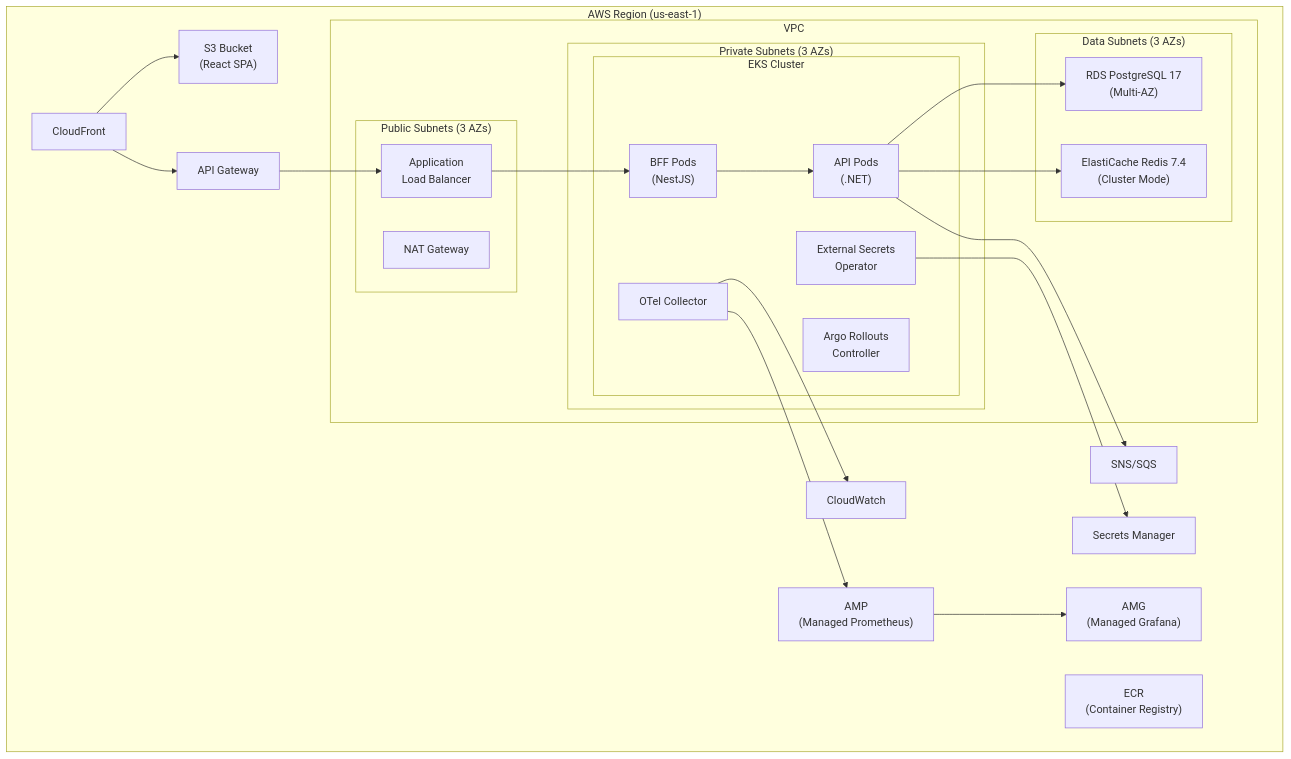
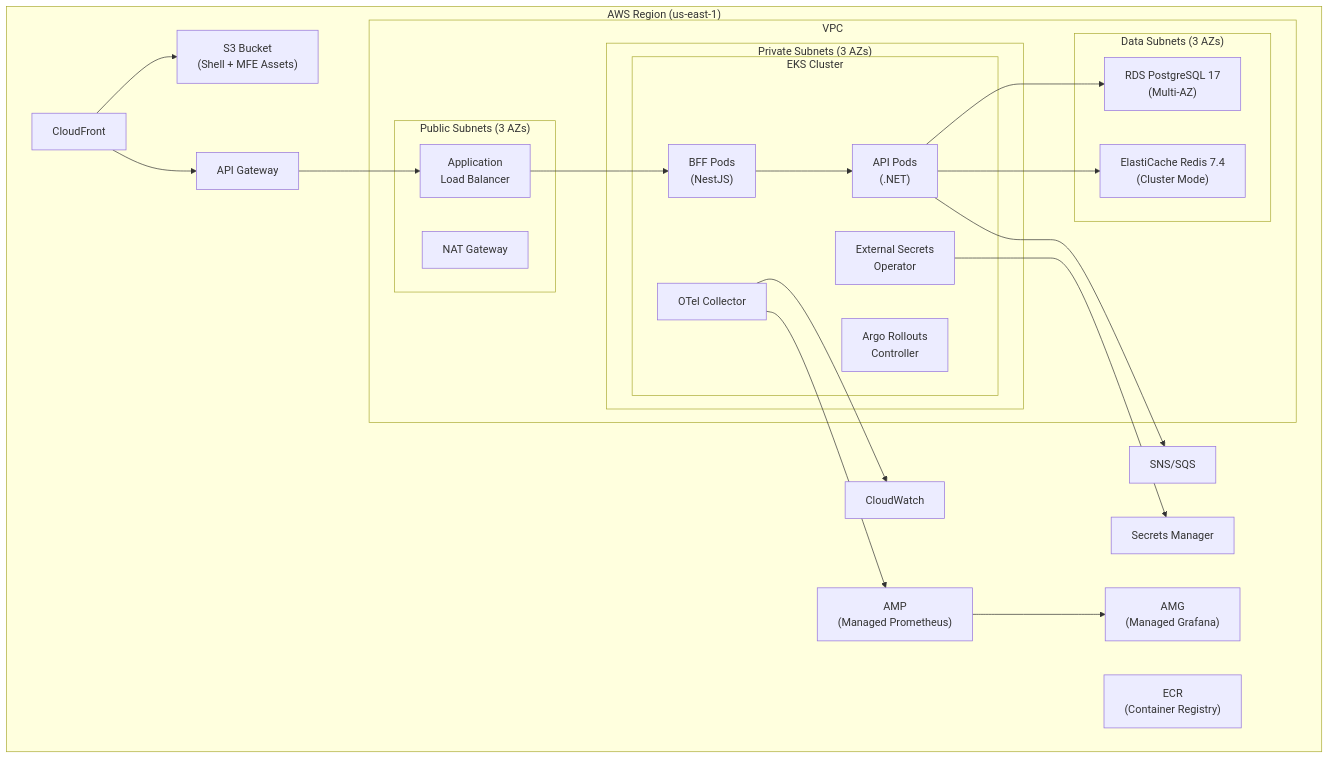
One commit to sukhesh035/employee_budget_allocation changed the diagram in docs/phases/PHASE-8-infra-and-deployment.md. Above: the diagram before and after it, drawn with Mermaid. The commit also changed other lines of this file and 7 other files, not shown here.

First line of the commit message:
Restructure to micro frontend architecture with Module Federation

````diff
--- a/docs/phases/PHASE-8-infra-and-deployment.md
+++ b/docs/phases/PHASE-8-infra-and-deployment.md
@@ -26,48 +27,48 @@
 ```mermaid
 graph TB
     subgraph "AWS Region (us-east-1)"
         CF["CloudFront"]
-        S3["S3 Bucket<br/>(React SPA)"]
+        S3["S3 Bucket<br/>(Shell + MFE Assets)"]
         APIGW["API Gateway"]
 
         subgraph "VPC"
             subgraph "Public Subnets (3 AZs)"
                 ALB["Application<br/>Load Balancer"]
                 NAT["NAT Gateway"]
             end
 
             subgraph "Private Subnets (3 AZs)"
                 subgraph "EKS Cluster"
                     BFF_POD["BFF Pods<br/>(NestJS)"]
                     API_POD["API Pods<br/>(.NET)"]
                     ARGO["Argo Rollouts<br/>Controller"]
                     ESO["External Secrets<br/>Operator"]
                     OTEL["OTel Collector"]
                 end
             end
 
             subgraph "Data Subnets (3 AZs)"
                 RDS["RDS PostgreSQL 17<br/>(Multi-AZ)"]
                 REDIS["ElastiCache Redis 7.4<br/>(Cluster Mode)"]
             end
         end
 
         ECR["ECR<br/>(Container Registry)"]
         SM["Secrets Manager"]
         SNS_SQS["SNS/SQS"]
         CW["CloudWatch"]
         PROM["AMP<br/>(Managed Prometheus)"]
         GRAF["AMG<br/>(Managed Grafana)"]
     end
 
     CF --> S3
     CF --> APIGW
     APIGW --> ALB
     ALB --> BFF_POD
     BFF_POD --> API_POD
     API_POD --> RDS & REDIS
     API_POD --> SNS_SQS
     ESO --> SM
     OTEL --> CW & PROM
     PROM --> GRAF
 ```
````
